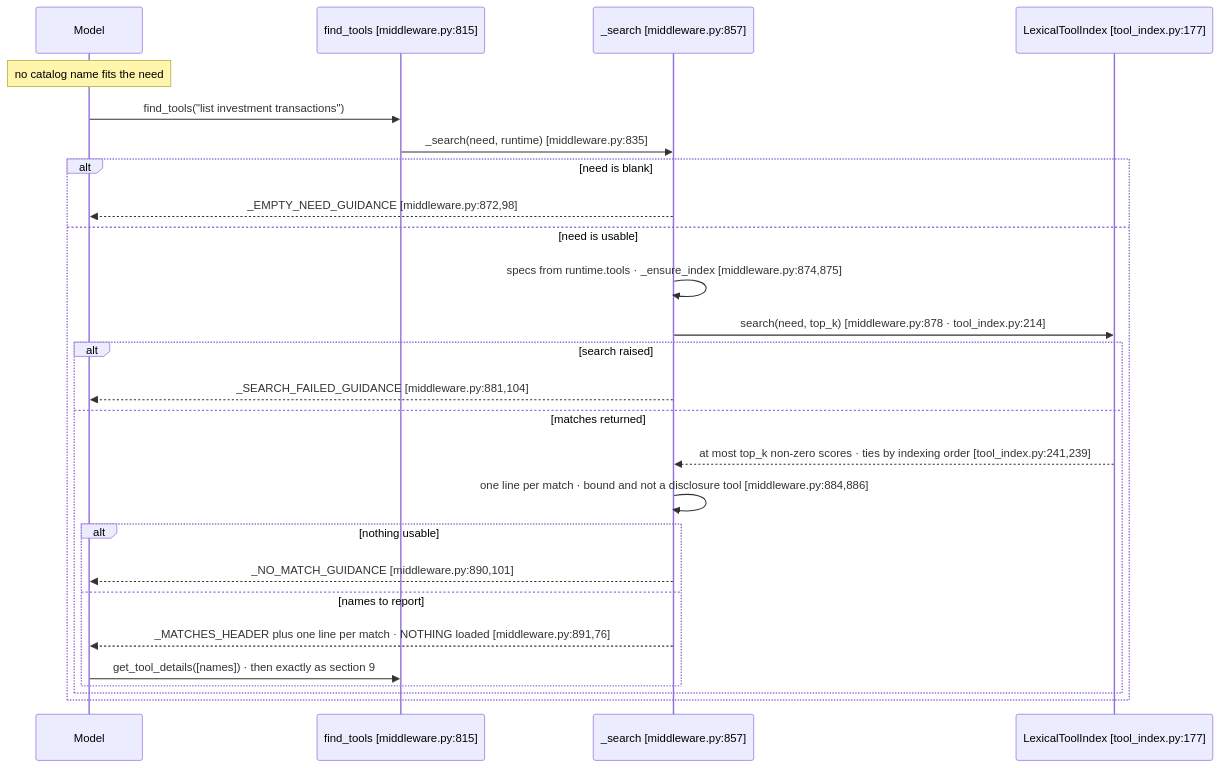
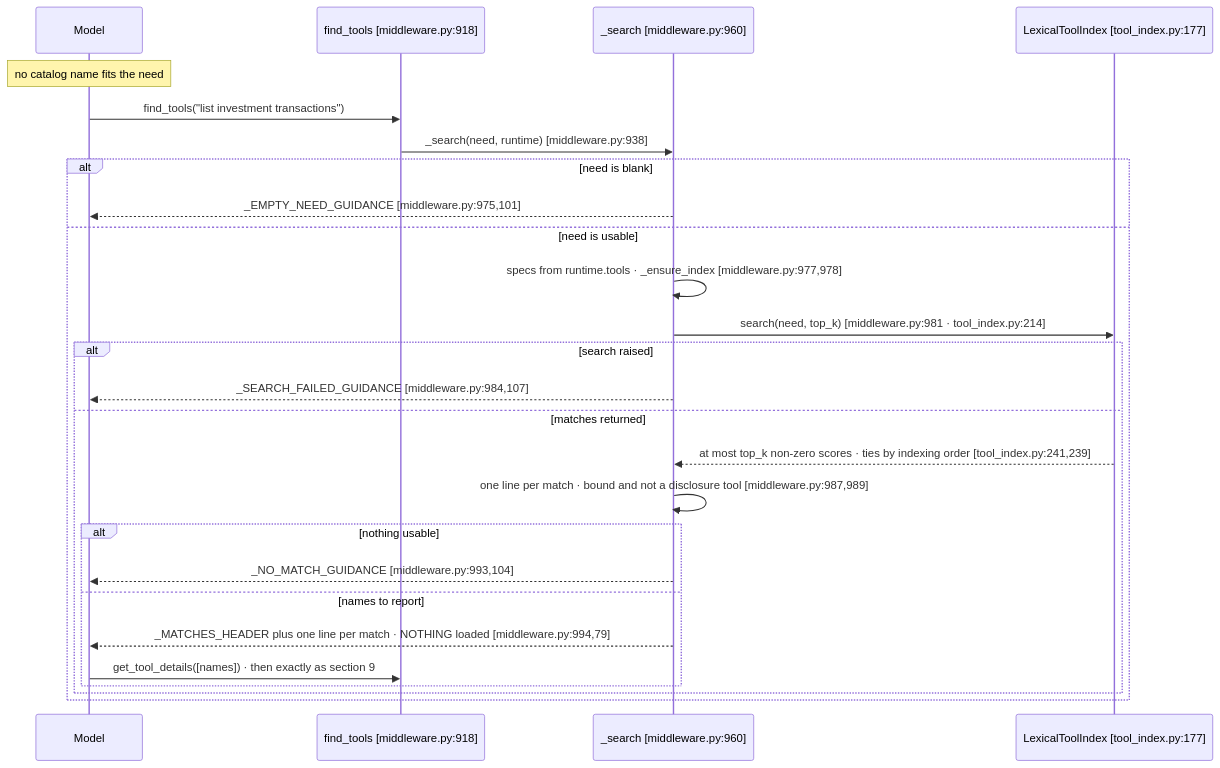
The fifth of 7 diagrams in docs/design/sequence/langgraph/sequence-b-disclosure.md (aws-samples/sample-context-engineering), drawn with Mermaid before and after one commit. The commit also changed other lines of this file and 8 other files, not shown here.

````diff
--- a/docs/design/sequence/langgraph/sequence-b-disclosure.md
+++ b/docs/design/sequence/langgraph/sequence-b-disclosure.md
@@ -528,29 +633,29 @@
 ```mermaid
 sequenceDiagram
     participant Model
-    participant Tool as find_tools [middleware.py:815]
-    participant MW as _search [middleware.py:857]
+    participant Tool as find_tools [middleware.py:918]
+    participant MW as _search [middleware.py:960]
     participant Idx as LexicalToolIndex [tool_index.py:177]
 
     Note over Model: no catalog name fits the need
     Model->>Tool: find_tools("list investment transactions")
-    Tool->>MW: _search(need, runtime) [middleware.py:835]
+    Tool->>MW: _search(need, runtime) [middleware.py:938]
     alt need is blank
-        MW-->>Model: _EMPTY_NEED_GUIDANCE [middleware.py:872,98]
+        MW-->>Model: _EMPTY_NEED_GUIDANCE [middleware.py:975,101]
     else need is usable
-        MW->>MW: specs from runtime.tools · _ensure_index [middleware.py:874,875]
-        MW->>Idx: search(need, top_k) [middleware.py:878 · tool_index.py:214]
+        MW->>MW: specs from runtime.tools · _ensure_index [middleware.py:977,978]
+        MW->>Idx: search(need, top_k) [middleware.py:981 · tool_index.py:214]
         alt search raised
-            MW-->>Model: _SEARCH_FAILED_GUIDANCE [middleware.py:881,104]
+            MW-->>Model: _SEARCH_FAILED_GUIDANCE [middleware.py:984,107]
         else matches returned
             Idx-->>MW: at most top_k non-zero scores · ties by indexing order [tool_index.py:241,239]
-            MW->>MW: one line per match · bound and not a disclosure tool [middleware.py:884,886]
+            MW->>MW: one line per match · bound and not a disclosure tool [middleware.py:987,989]
             alt nothing usable
-                MW-->>Model: _NO_MATCH_GUIDANCE [middleware.py:890,101]
+                MW-->>Model: _NO_MATCH_GUIDANCE [middleware.py:993,104]
             else names to report
-                MW-->>Model: _MATCHES_HEADER plus one line per match · NOTHING loaded [middleware.py:891,76]
+                MW-->>Model: _MATCHES_HEADER plus one line per match · NOTHING loaded [middleware.py:994,79]
                 Model->>Tool: get_tool_details([names]) · then exactly as section 9
             end
         end
     end
 ```
````
